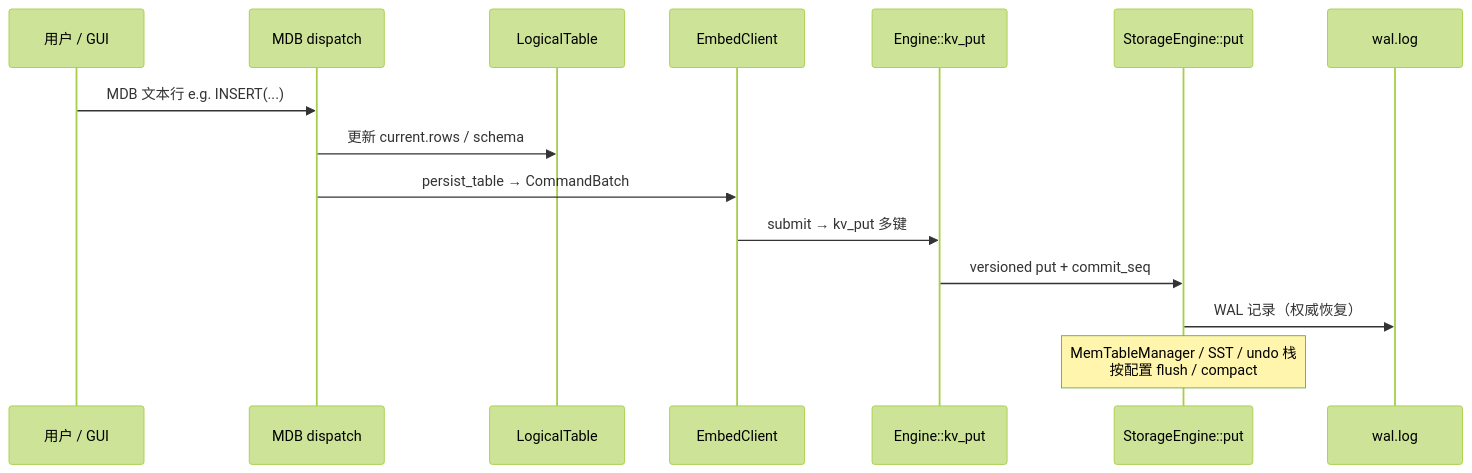
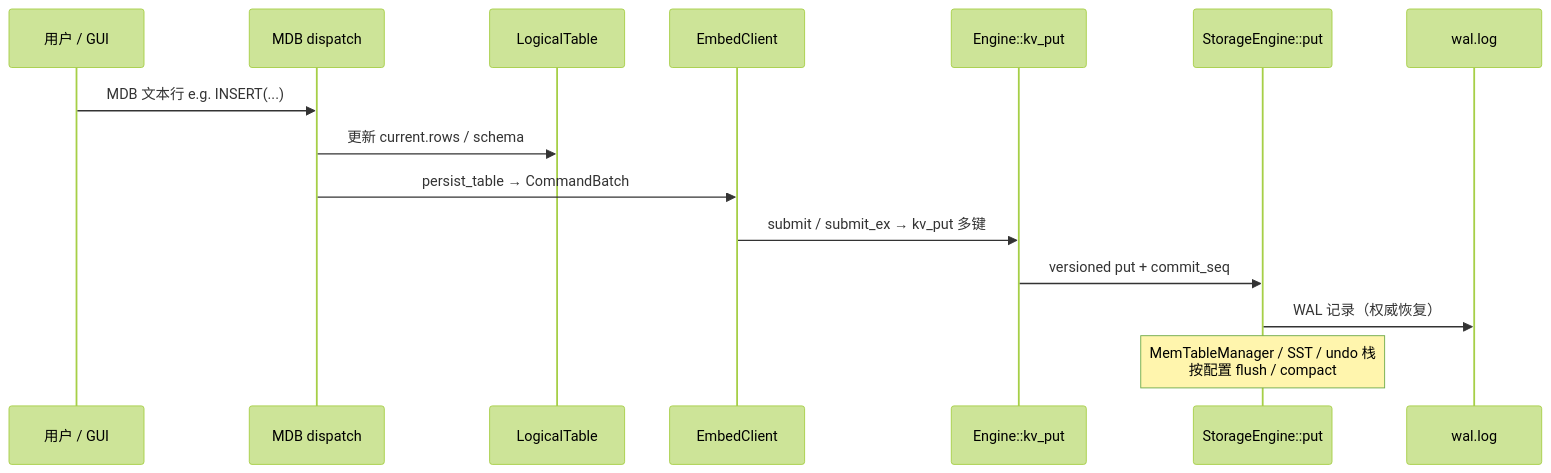
One commit to skyline019/database changed the third of 7 diagrams in Docs/ARCHITECTURE.md. Above: the diagram before and after it, drawn with Mermaid (forest theme). The commit also changed other lines of this file and 167 other files, not shown here.

````diff
--- a/Docs/ARCHITECTURE.md
+++ b/Docs/ARCHITECTURE.md
@@ -113,18 +162,18 @@
 ```mermaid
 sequenceDiagram
   participant U as 用户 / GUI
   participant M as MDB dispatch
   participant L as LogicalTable
   participant E as EmbedClient
   participant K as Engine::kv_put
   participant S as StorageEngine::put
   participant W as wal.log
 
   U->>M: MDB 文本行 e.g. INSERT(...)
   M->>L: 更新 current.rows / schema
   M->>E: persist_table → CommandBatch
-  E->>K: submit → kv_put 多键
+  E->>K: submit / submit_ex → kv_put 多键
   K->>S: versioned put + commit_seq
   S->>W: WAL 记录（权威恢复）
   Note over S: MemTableManager / SST / undo 栈<br/>按配置 flush / compact
 ```
````
